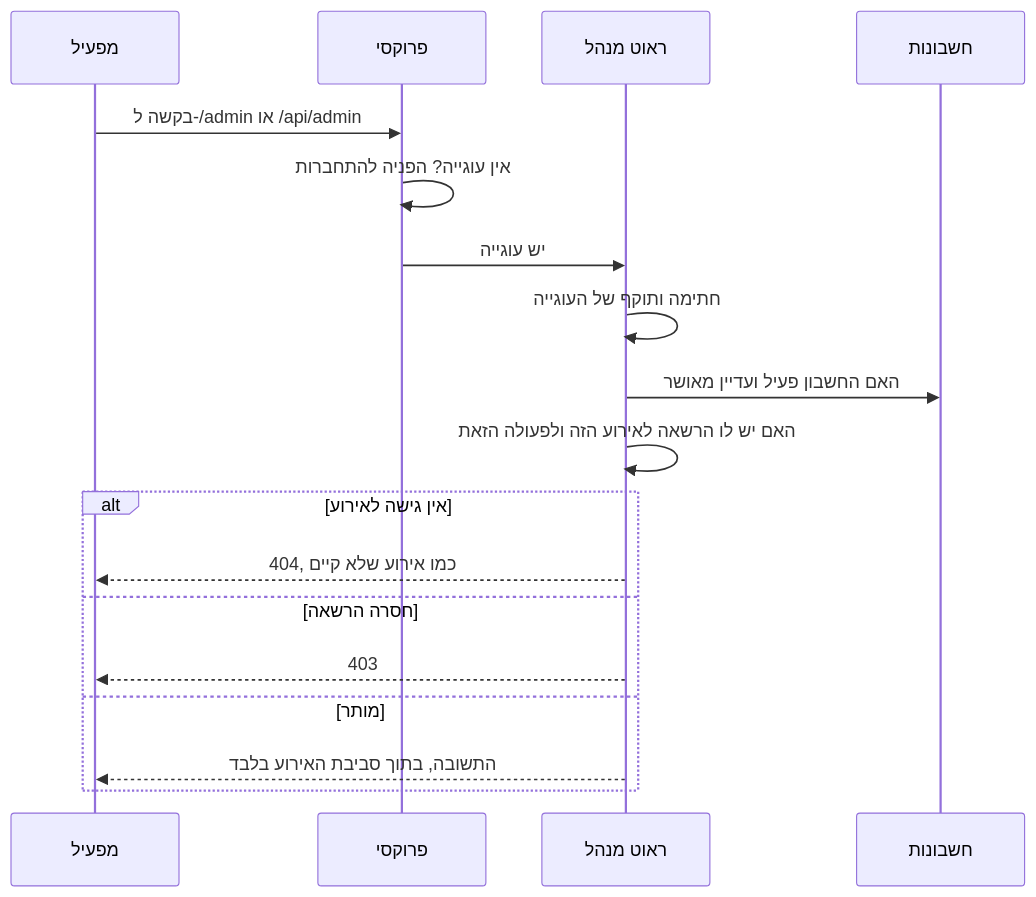
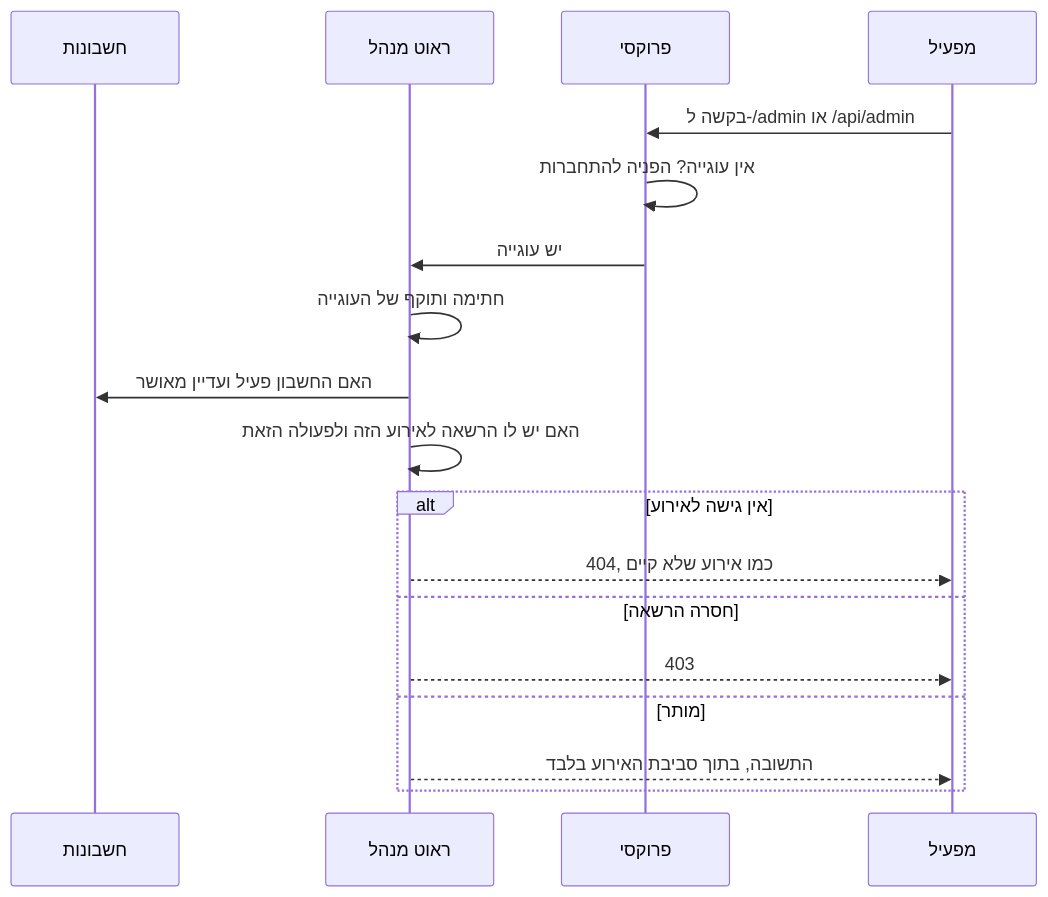
One commit to yutal/carmel_bar_mitzva changed the second of 6 diagrams in docs/security-he.md. Above: the diagram before and after it, drawn with Mermaid. The commit also changed other lines of this file, not shown here.

First line of the commit message:
Order the security diagrams for right-to-left reading

````diff
--- a/docs/security-he.md
+++ b/docs/security-he.md
@@ -34,20 +36,20 @@
 ```mermaid
 sequenceDiagram
+  participant D as חשבונות
+  participant R as ראוט מנהל
+  participant P as פרוקסי
   participant U as מפעיל
-  participant P as פרוקסי
-  participant R as ראוט מנהל
-  participant D as חשבונות
   U->>P: בקשה ל-/admin או /api/admin
   P->>P: אין עוגייה? הפניה להתחברות
   P->>R: יש עוגייה
   R->>R: חתימה ותוקף של העוגייה
   R->>D: האם החשבון פעיל ועדיין מאושר
   R->>R: האם יש לו הרשאה לאירוע הזה ולפעולה הזאת
   alt אין גישה לאירוע
     R-->>U: 404, כמו אירוע שלא קיים
   else חסרה הרשאה
     R-->>U: 403
   else מותר
     R-->>U: התשובה, בתוך סביבת האירוע בלבד
   end
 ```
````
